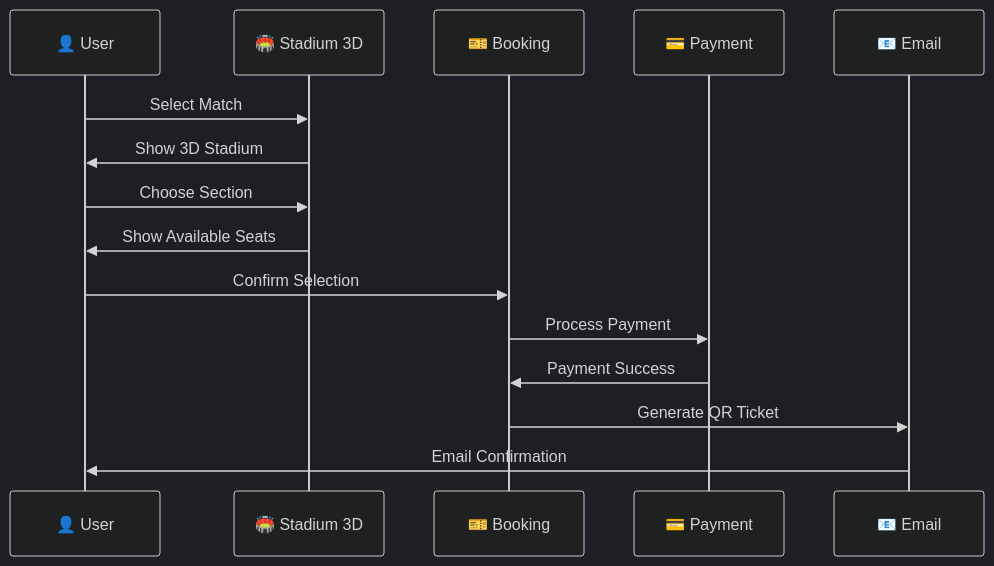
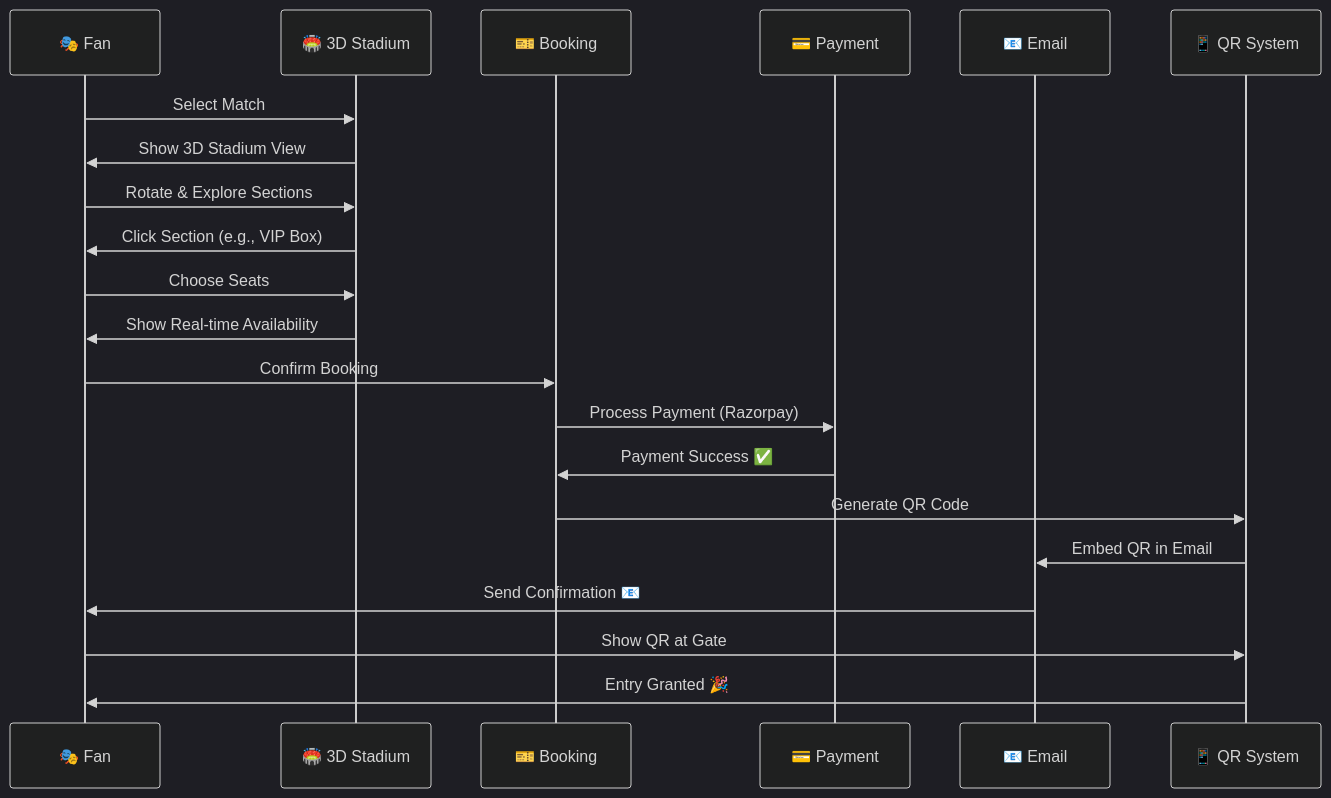
The sixth of 6 diagrams in README.md (jamesvarghese7/Crickarena), drawn with Mermaid before and after one commit. The commit also changed other lines of this file, not shown here.

````diff
--- a/README.md
+++ b/README.md
@@ -665,19 +760,25 @@
 ```mermaid
 %%{init: {'theme':'dark'}}%%
 sequenceDiagram
-    participant U as 👤 User
-    participant S as 🏟️ Stadium 3D
+    participant F as 🎭 Fan
+    participant S as 🏟️ 3D Stadium
     participant B as 🎫 Booking
     participant P as 💳 Payment
     participant E as 📧 Email
+    participant Q as 📱 QR System
     
-    U->>S: Select Match
-    S->>U: Show 3D Stadium
-    U->>S: Choose Section
-    S->>U: Show Available Seats
-    U->>B: Confirm Selection
-    B->>P: Process Payment
-    P->>B: Payment Success
-    B->>E: Generate QR Ticket
-    E->>U: Email Confirmation
+    F->>S: Select Match
+    S->>F: Show 3D Stadium View
+    F->>S: Rotate & Explore Sections
+    S->>F: Click Section (e.g., VIP Box)
+    F->>S: Choose Seats
+    S->>F: Show Real-time Availability
+    F->>B: Confirm Booking
+    B->>P: Process Payment (Razorpay)
+    P->>B: Payment Success ✅
+    B->>Q: Generate QR Code
+    Q->>E: Embed QR in Email
+    E->>F: Send Confirmation 📧
+    F->>Q: Show QR at Gate
+    Q->>F: Entry Granted 🎉
 ```
````
